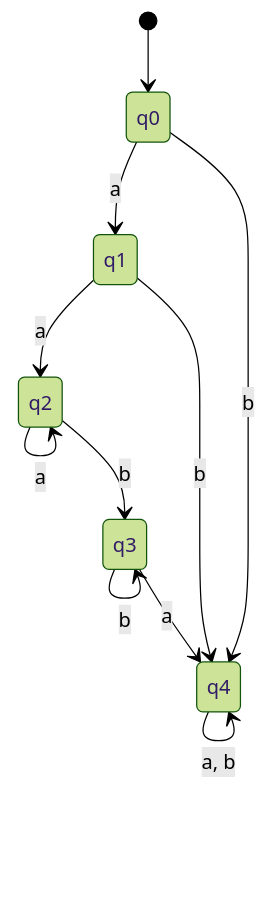
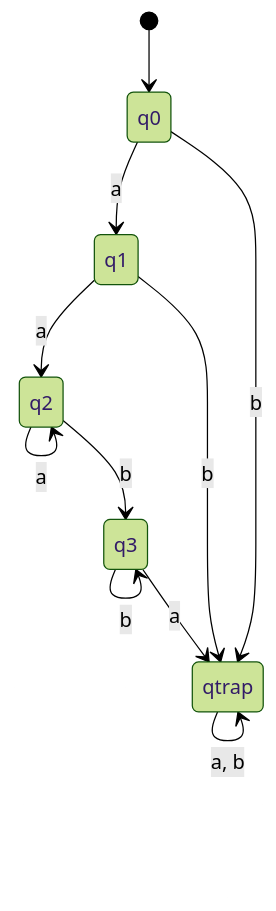
One commit to lelongc/rac changed the tenth of 11 diagrams in iuh/môn/hk1-4/automat/5-6/toi_thieu_hoa_dfa.md. Above: the diagram before and after it, drawn with Mermaid (forest theme). The commit also changed other lines of this file and 11 other files, not shown here.

````diff
--- a/iuh/môn/hk1-4/automat/5-6/toi_thieu_hoa_dfa.md
+++ b/iuh/môn/hk1-4/automat/5-6/toi_thieu_hoa_dfa.md
@@ -680,13 +601,13 @@
 ```mermaid
 stateDiagram-v2
     [*] --> q0
     q0 --> q1: a
-    q0 --> q4: b
+    q0 --> qtrap: b
     q1 --> q2: a
-    q1 --> q4: b
+    q1 --> qtrap: b
     q2 --> q2: a
     q2 --> q3: b
     q3 --> q3: b
-    q3 --> q4: a
-    q4 --> q4: a, b
+    q3 --> qtrap: a
+    qtrap --> qtrap: a, b
 ```
````
